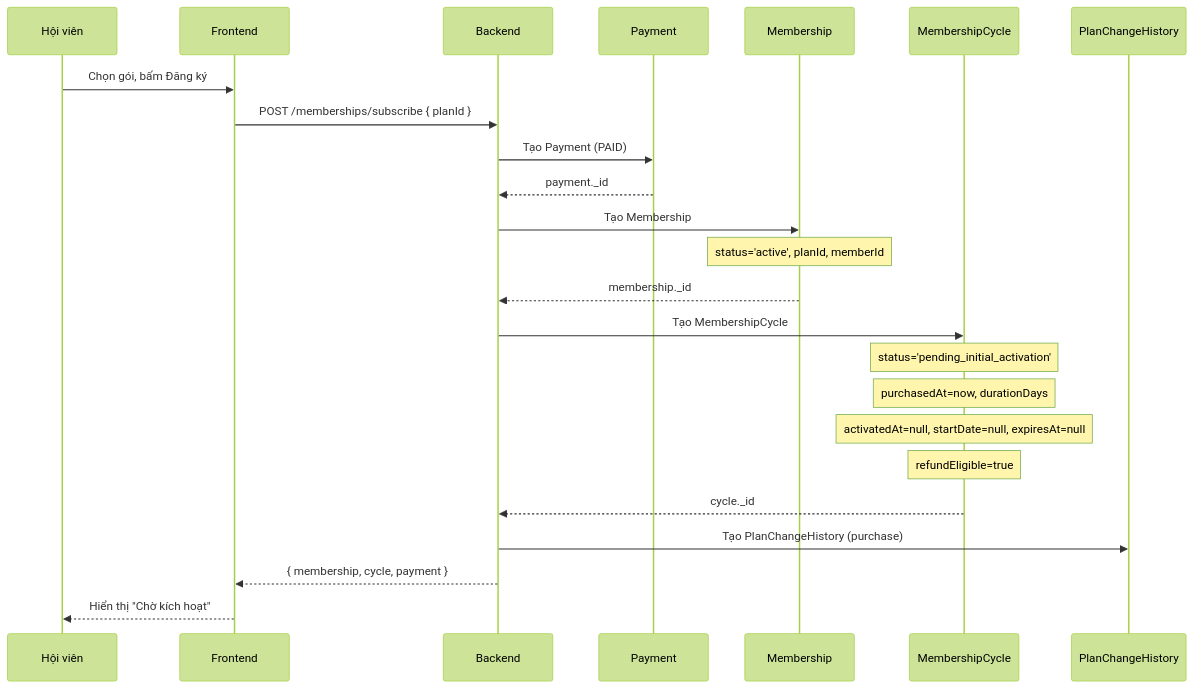
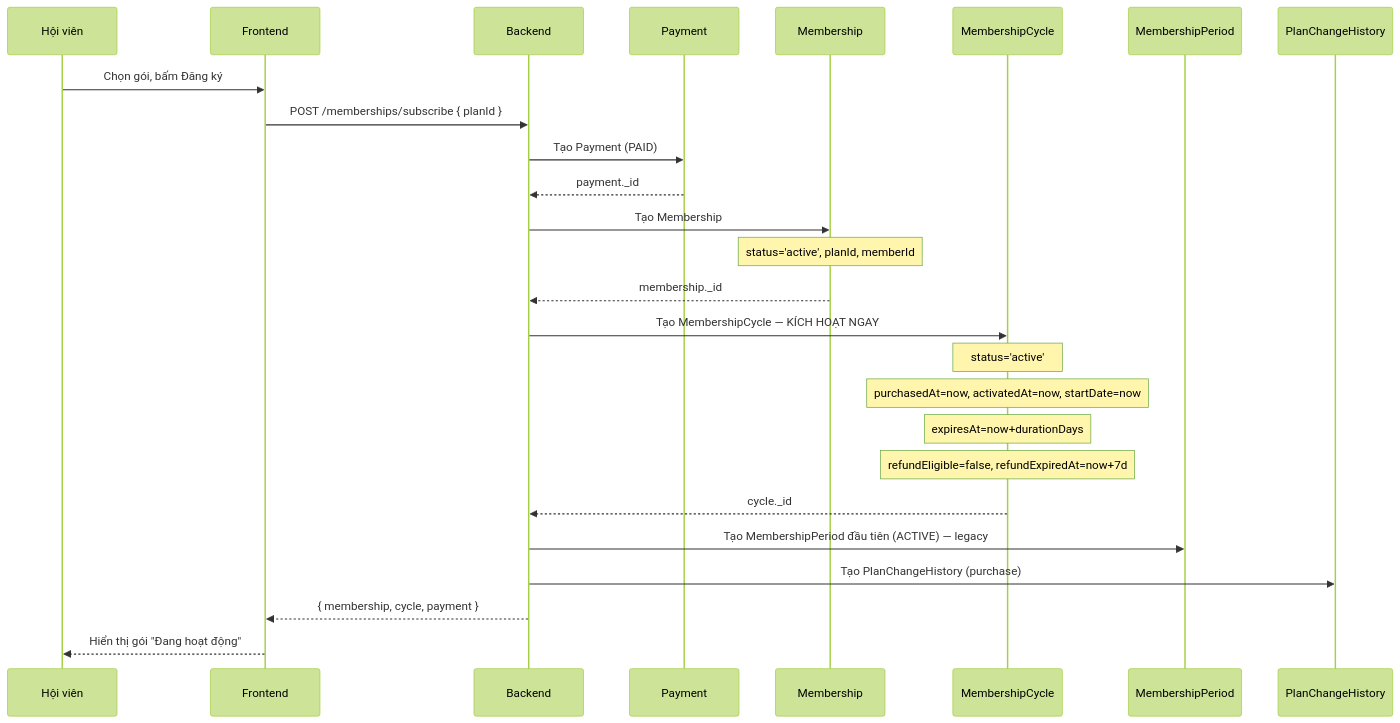
One commit to quyen-dx/gymsystem changed the fifth of 9 diagrams in docs/MEMBERSHIP_SYSTEM_ARCHITECTURE.md. Above: the diagram before and after it, drawn with Mermaid (forest theme). The commit also changed other lines of this file and 148 other files, not shown here.

````diff
--- a/docs/MEMBERSHIP_SYSTEM_ARCHITECTURE.md
+++ b/docs/MEMBERSHIP_SYSTEM_ARCHITECTURE.md
@@ -201,32 +201,34 @@
 ```mermaid
 sequenceDiagram
     participant Member as Hội viên
     participant FE as Frontend
     participant BE as Backend
     participant Pay as Payment
     participant M as Membership
     participant MC as MembershipCycle
+    participant MP as MembershipPeriod
     participant PCH as PlanChangeHistory
 
     Member->>FE: Chọn gói, bấm Đăng ký
     FE->>BE: POST /memberships/subscribe { planId }
-    
+
     BE->>Pay: Tạo Payment (PAID)
     Pay-->>BE: payment._id
 
     BE->>M: Tạo Membership
     Note over M: status='active', planId, memberId
     M-->>BE: membership._id
 
-    BE->>MC: Tạo MembershipCycle
-    Note over MC: status='pending_initial_activation'
-    Note over MC: purchasedAt=now, durationDays
-    Note over MC: activatedAt=null, startDate=null, expiresAt=null
-    Note over MC: refundEligible=true
+    BE->>MC: Tạo MembershipCycle — KÍCH HOẠT NGAY
+    Note over MC: status='active'
+    Note over MC: purchasedAt=now, activatedAt=now, startDate=now
+    Note over MC: expiresAt=now+durationDays
+    Note over MC: refundEligible=false, refundExpiredAt=now+7d
     MC-->>BE: cycle._id
 
+    BE->>MP: Tạo MembershipPeriod đầu tiên (ACTIVE) — legacy
     BE->>PCH: Tạo PlanChangeHistory (purchase)
 
     BE-->>FE: { membership, cycle, payment }
-    FE-->>Member: Hiển thị "Chờ kích hoạt"
+    FE-->>Member: Hiển thị gói "Đang hoạt động"
 ```
````
